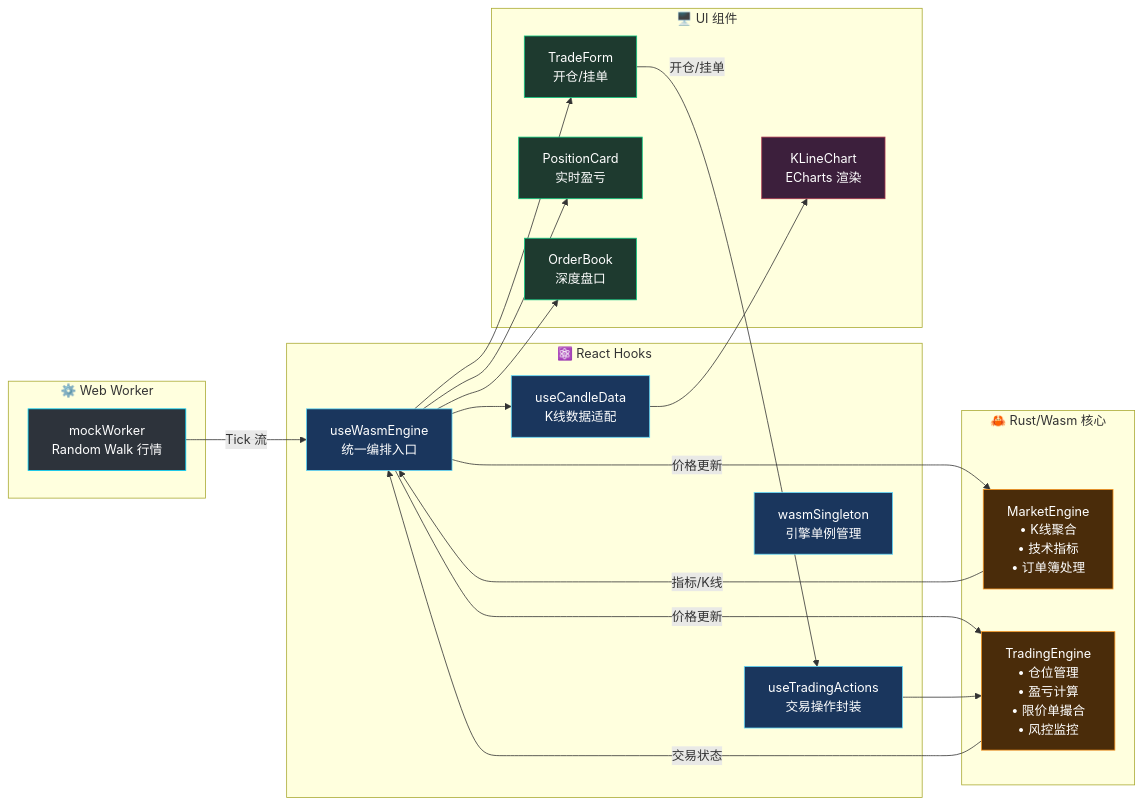
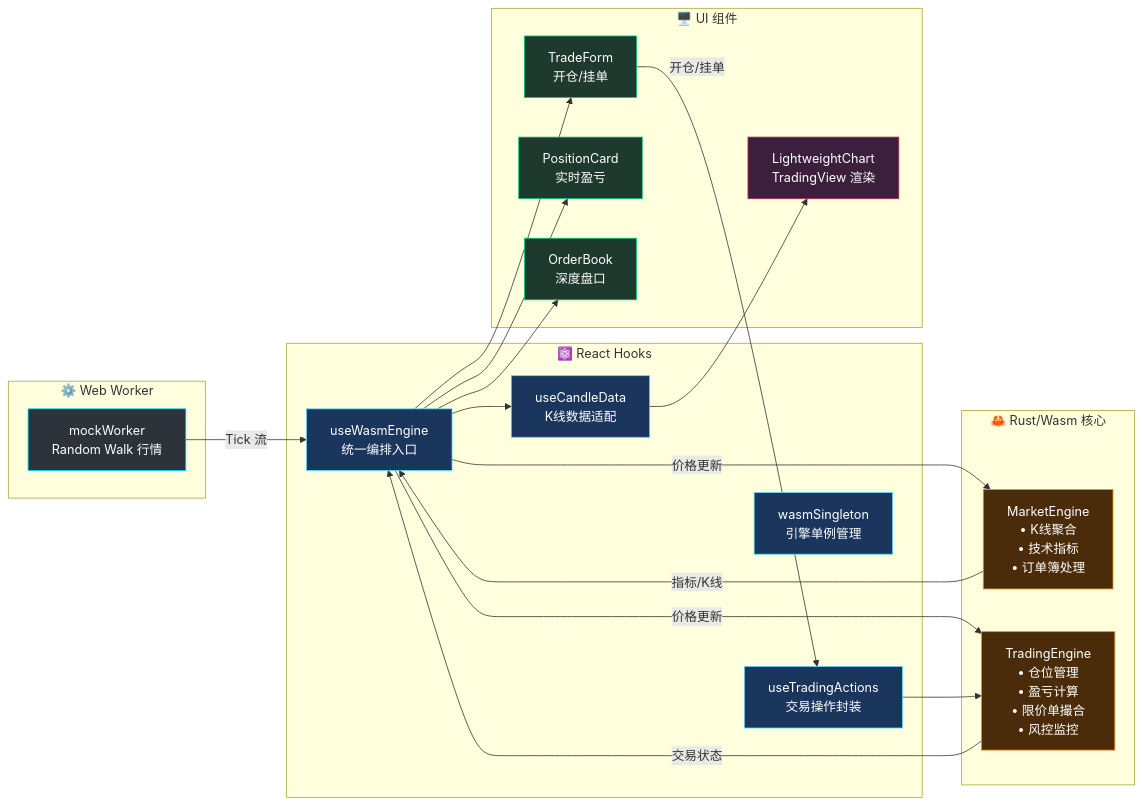
Before and after one commit to Duri686/RustQuantLab: the diagram in README.md, drawn with Mermaid. The commit also changed other lines of this file and 57 other files, not shown here.

First line of the commit message:
refactor: 重构图表系统，全面迁移至 Lightweight Charts

````diff
--- a/README.md
+++ b/README.md
@@ -40,48 +41,48 @@
 ```mermaid
 flowchart LR
     subgraph Worker["⚙️ Web Worker"]
         A[mockWorker<br/>Random Walk 行情]
     end
     
     subgraph Wasm["🦀 Rust/Wasm 核心"]
         B[MarketEngine<br/>• K线聚合<br/>• 技术指标<br/>• 订单簿处理]
         C[TradingEngine<br/>• 仓位管理<br/>• 盈亏计算<br/>• 限价单撮合<br/>• 风控监控]
     end
     
     subgraph Hooks["⚛️ React Hooks"]
         D[useWasmEngine<br/>统一编排入口]
         E[useTradingActions<br/>交易操作封装]
         F[useCandleData<br/>K线数据适配]
         G[wasmSingleton<br/>引擎单例管理]
     end
     
     subgraph UI["🖥️ UI 组件"]
-        H[KLineChart<br/>ECharts 渲染]
+        H[LightweightChart<br/>TradingView 渲染]
         I[TradeForm<br/>开仓/挂单]
         J[PositionCard<br/>实时盈亏]
         K[OrderBook<br/>深度盘口]
     end
     
     A -->|"Tick 流"| D
     D -->|"价格更新"| B
     D -->|"价格更新"| C
     B -->|"指标/K线"| D
     C -->|"交易状态"| D
     D --> F --> H
     D --> I
     D --> J
     D --> K
     I -->|"开仓/挂单"| E --> C
     
     style A fill:#2d333b,stroke:#00d4ff,color:#fff
     style B fill:#4a2c0a,stroke:#f7931e,color:#fff
     style C fill:#4a2c0a,stroke:#f7931e,color:#fff
     style D fill:#1a365d,stroke:#61dafb,color:#fff
     style E fill:#1a365d,stroke:#61dafb,color:#fff
     style F fill:#1a365d,stroke:#61dafb,color:#fff
     style G fill:#1a365d,stroke:#61dafb,color:#fff
     style H fill:#3c1f3c,stroke:#aa344d,color:#fff
     style I fill:#1e3a2f,stroke:#0ecb81,color:#fff
     style J fill:#1e3a2f,stroke:#0ecb81,color:#fff
     style K fill:#1e3a2f,stroke:#0ecb81,color:#fff
 ```
````
